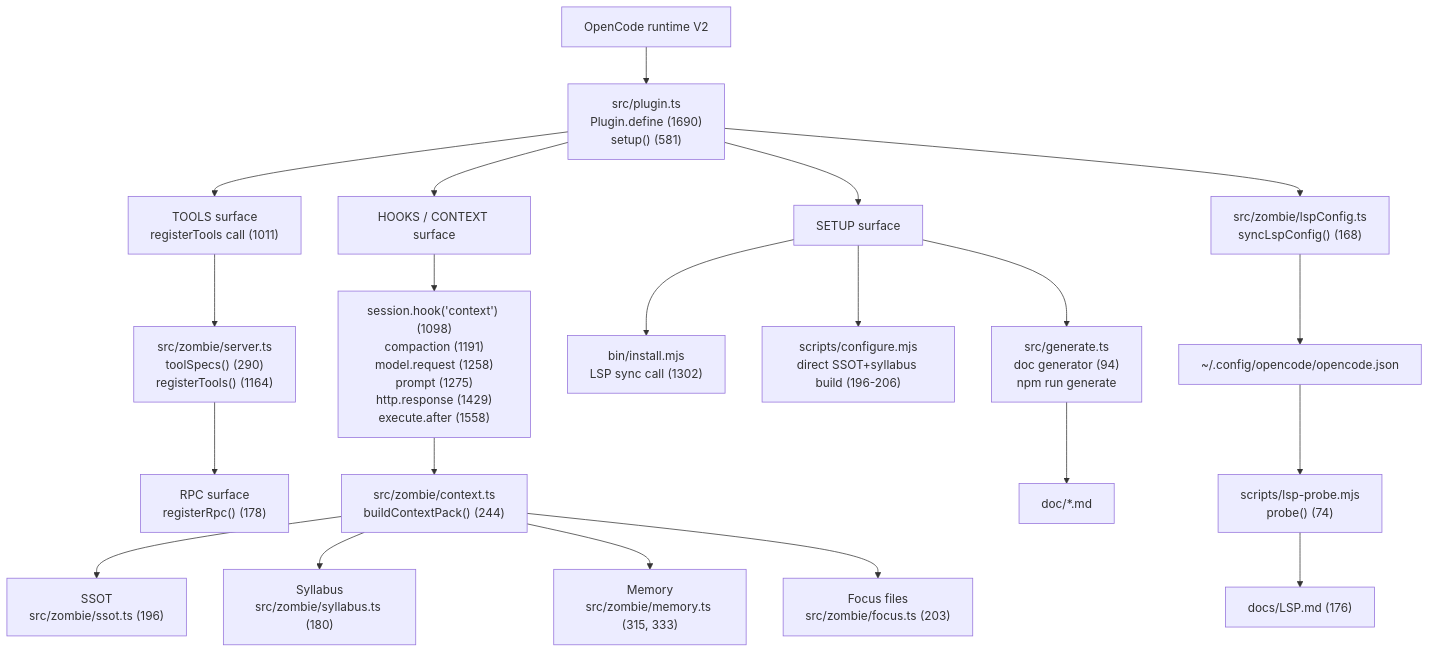
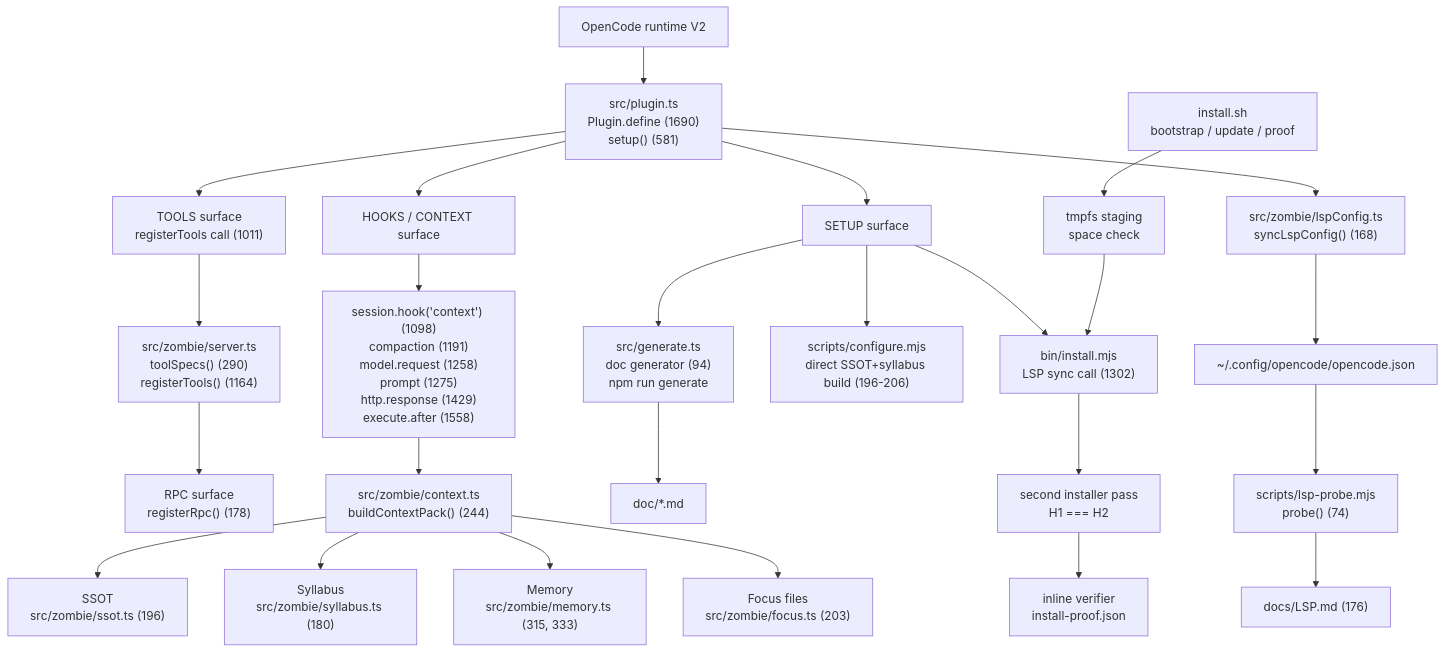
Before and after one commit to azurebluezone/ZombieCoder-Autonomous-Plugin: the diagram in docs/architecture-map.md, drawn with Mermaid. The commit also changed other lines of this file and 10 other files, not shown here.

First line of the commit message:
feat(install): one bootstrap, update and environment proof script

````diff
--- a/docs/architecture-map.md
+++ b/docs/architecture-map.md
@@ -9,27 +9,32 @@
 ```mermaid
 flowchart TD
   RT["OpenCode runtime V2"] --> P["src/plugin.ts<br/>Plugin.define (1690)<br/>setup() (581)"]
 
   P --> T["TOOLS surface<br/>registerTools call (1011)"]
   T --> TS["src/zombie/server.ts<br/>toolSpecs() (290)<br/>registerTools() (1164)"]
   TS --> RPC["RPC surface<br/>registerRpc() (178)"]
 
   P --> H["HOOKS / CONTEXT surface"]
   H --> HC["session.hook('context') (1098)<br/>compaction (1191)<br/>model.request (1258)<br/>prompt (1275)<br/>http.response (1429)<br/>execute.after (1558)"]
   HC --> CP["src/zombie/context.ts<br/>buildContextPack() (244)"]
   CP --> SSOT["SSOT<br/>src/zombie/ssot.ts (196)"]
   CP --> SYL["Syllabus<br/>src/zombie/syllabus.ts (180)"]
   CP --> MEM["Memory<br/>src/zombie/memory.ts (315, 333)"]
   CP --> FOC["Focus files<br/>src/zombie/focus.ts (203)"]
 
   P --> SET["SETUP surface"]
   SET --> INST["bin/install.mjs<br/>LSP sync call (1302)"]
   SET --> CONF["scripts/configure.mjs<br/>direct SSOT+syllabus build (196-206)"]
   SET --> GEN["src/generate.ts<br/>doc generator (94)<br/>npm run generate"]
   GEN --> DOCS["doc/*.md"]
 
+  SH["install.sh<br/>bootstrap / update / proof"] --> STG["tmpfs staging<br/>space check"]
+  STG --> INST
+  INST --> IDEM["second installer pass<br/>H1 === H2"]
+  IDEM --> VER["inline verifier<br/>install-proof.json"]
+
   P --> LSPC["src/zombie/lspConfig.ts<br/>syncLspConfig() (168)"]
   LSPC --> OC["~/.config/opencode/opencode.json"]
   OC --> PROBE["scripts/lsp-probe.mjs<br/>probe() (74)"]
   PROBE --> LSPDOC["docs/LSP.md (176)"]
 ```
````
